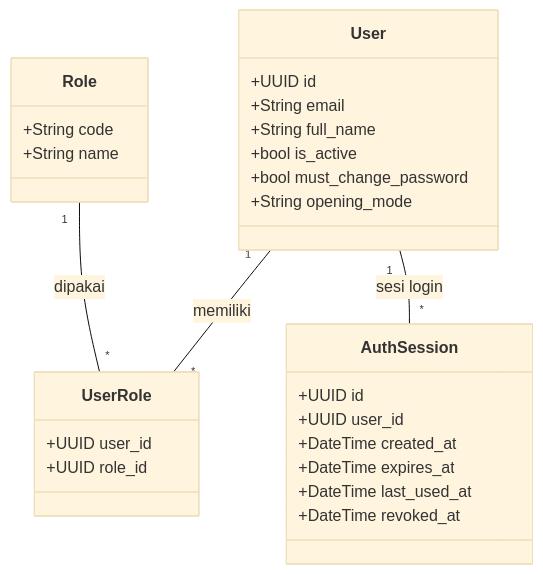
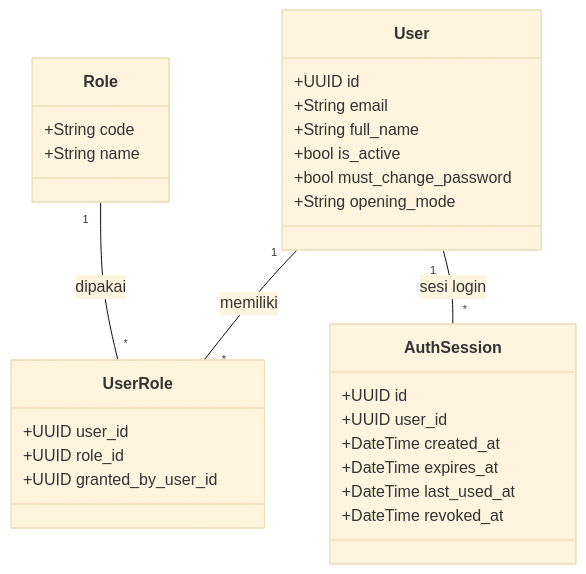
One commit to mygads/Face-Recognition-Capstone changed the first of 6 diagrams in docs/proposal/07-data-dan-class.md. Above: the diagram before and after it, drawn with Mermaid (base theme). The commit also changed other lines of this file and 5 other files, not shown here.

````diff
--- a/docs/proposal/07-data-dan-class.md
+++ b/docs/proposal/07-data-dan-class.md
@@ -14,30 +16,31 @@
 ```mermaid
 classDiagram
   class User {
     +UUID id
     +String email
     +String full_name
     +bool is_active
     +bool must_change_password
     +String opening_mode
   }
   class Role {
     +String code
     +String name
   }
   class UserRole {
     +UUID user_id
     +UUID role_id
+    +UUID granted_by_user_id
   }
   class AuthSession {
     +UUID id
     +UUID user_id
     +DateTime created_at
     +DateTime expires_at
     +DateTime last_used_at
     +DateTime revoked_at
   }
   User "1" -- "*" UserRole : memiliki
   Role "1" -- "*" UserRole : dipakai
   User "1" -- "*" AuthSession : sesi login
 ```
````
